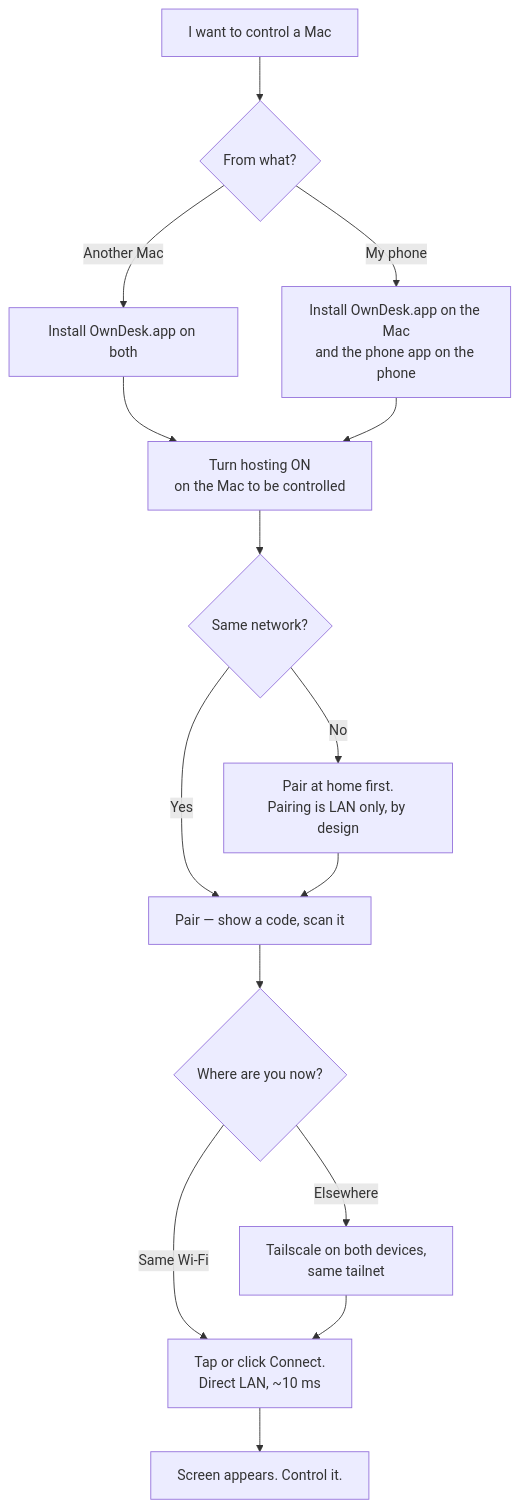
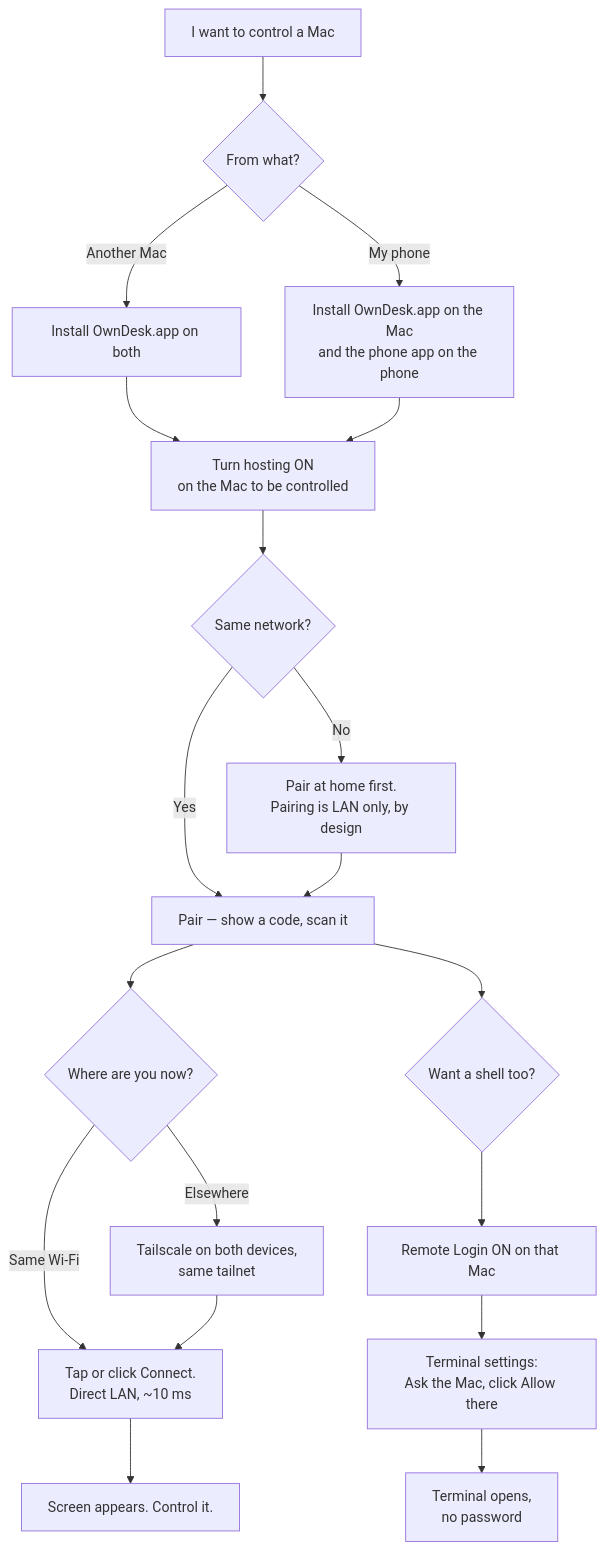
The third of 3 diagrams in README.md (im-fahad/OwnDesk), drawn with Mermaid before and after one commit. The commit also changed other lines of this file and 40 other files, not shown here.

````diff
--- a/README.md
+++ b/README.md
@@ -353,17 +355,21 @@
 ```mermaid
 flowchart TD
     A[I want to control a Mac] --> B{From what?}
     B -->|Another Mac| C[Install OwnDesk.app on both]
     B -->|My phone| D[Install OwnDesk.app on the Mac<br/>and the phone app on the phone]
     C --> E[Turn hosting ON<br/>on the Mac to be controlled]
     D --> E
     E --> F{Same network?}
     F -->|Yes| G[Pair — show a code, scan it]
     F -->|No| H[Pair at home first.<br/>Pairing is LAN only, by design]
     H --> G
     G --> I{Where are you now?}
     I -->|Same Wi-Fi| J[Tap or click Connect.<br/>Direct LAN, ~10 ms]
     I -->|Elsewhere| K[Tailscale on both devices,<br/>same tailnet]
     K --> J
     J --> L[Screen appears. Control it.]
+    G --> M{Want a shell too?}
+    M --> N[Remote Login ON on that Mac]
+    N --> O[Terminal settings:<br/>Ask the Mac, click Allow there]
+    O --> P[Terminal opens,<br/>no password]
 ```
````
